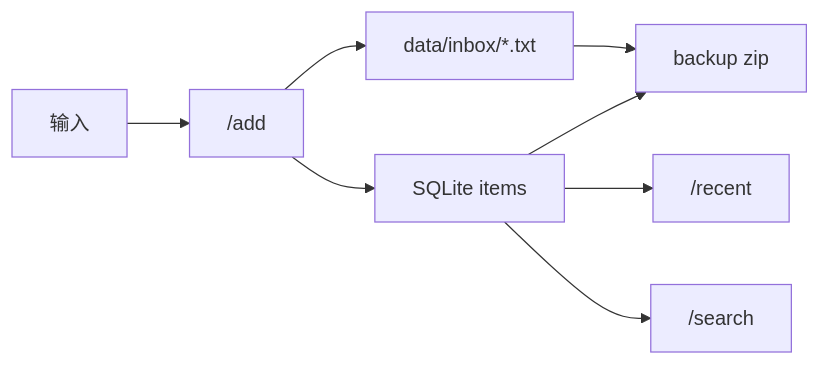
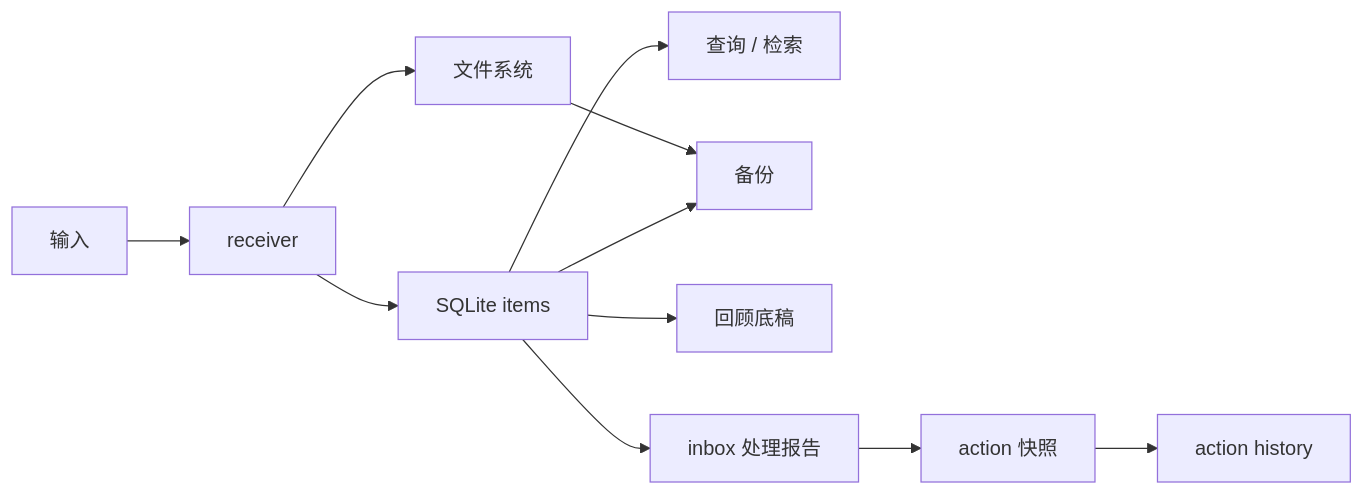
One commit to PengWeiTaing/Axiom changed the diagram in docs/SHORT_TERM.md. Above: the diagram before and after it, drawn with Mermaid. The commit also changed other lines of this file and 6 other files, not shown here.

Commit message:
Update architecture governance docs

````diff
--- a/docs/SHORT_TERM.md
+++ b/docs/SHORT_TERM.md
@@ -21,10 +21,13 @@
 ```mermaid
 flowchart LR
-    A["输入"] --> B["/add"]
-    B --> C["data/inbox/*.txt"]
+    A["输入"] --> B["receiver"]
+    B --> C["文件系统"]
     B --> D["SQLite items"]
-    D --> E["/recent"]
-    D --> F["/search"]
-    C --> G["backup zip"]
-    D --> G
+    D --> E["查询 / 检索"]
+    C --> F["备份"]
+    D --> F
+    D --> G["回顾底稿"]
+    D --> H["inbox 处理报告"]
+    H --> I["action 快照"]
+    I --> J["action history"]
 ```
````
